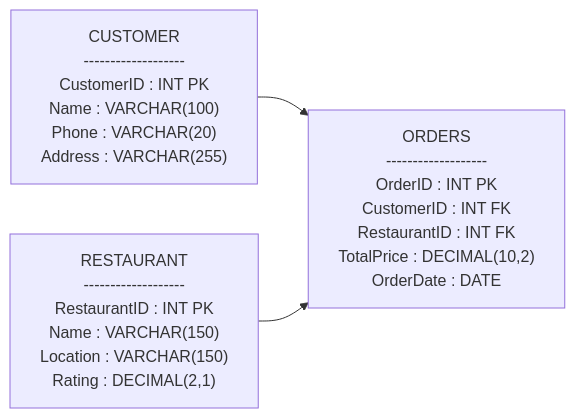
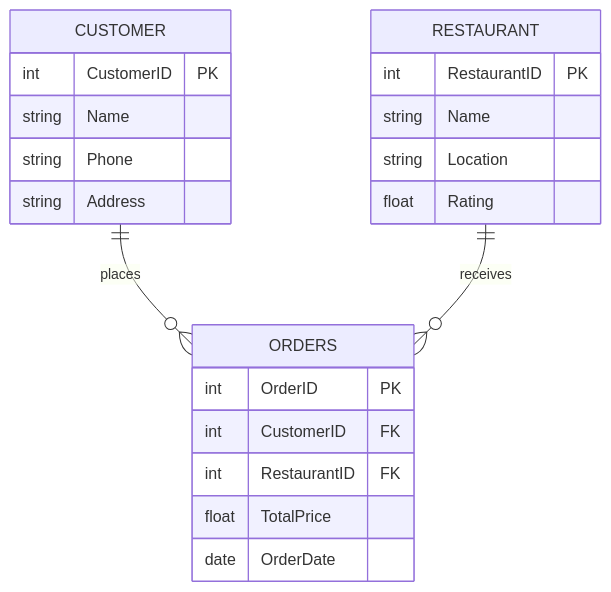
The third of 3 diagrams in 2.database_model_and_architecture/2.practice/readme.md (tochratana/database-class), drawn with Mermaid before and after one commit. The commit also changed 1 other file, not shown here.

````diff
--- a/2.database_model_and_architecture/2.practice/readme.md
+++ b/2.database_model_and_architecture/2.practice/readme.md
@@ -112,28 +112,27 @@
 ```mermaid
-flowchart LR
+erDiagram
+    CUSTOMER {
+        int CustomerID PK
+        string Name
+        string Phone
+        string Address
+    }
 
-    Customer["CUSTOMER
-    -------------------
-    CustomerID : INT PK
-    Name : VARCHAR(100)
-    Phone : VARCHAR(20)
-    Address : VARCHAR(255)"]
+    RESTAURANT {
+        int RestaurantID PK
+        string Name
+        string Location
+        float Rating
+    }
 
-    Restaurant["RESTAURANT
-    -------------------
-    RestaurantID : INT PK
-    Name : VARCHAR(150)
-    Location : VARCHAR(150)
-    Rating : DECIMAL(2,1)"]
+    ORDERS {
+        int OrderID PK
+        int CustomerID FK
+        int RestaurantID FK
+        float TotalPrice
+        date OrderDate
+    }
 
-    Orders["ORDERS
-    -------------------
-    OrderID : INT PK
-    CustomerID : INT FK
-    RestaurantID : INT FK
-    TotalPrice : DECIMAL(10,2)
-    OrderDate : DATE"]
-
-    Customer --> Orders
-    Restaurant --> Orders
+    CUSTOMER ||--o{ ORDERS : places
+    RESTAURANT ||--o{ ORDERS : receives
 ```
````
